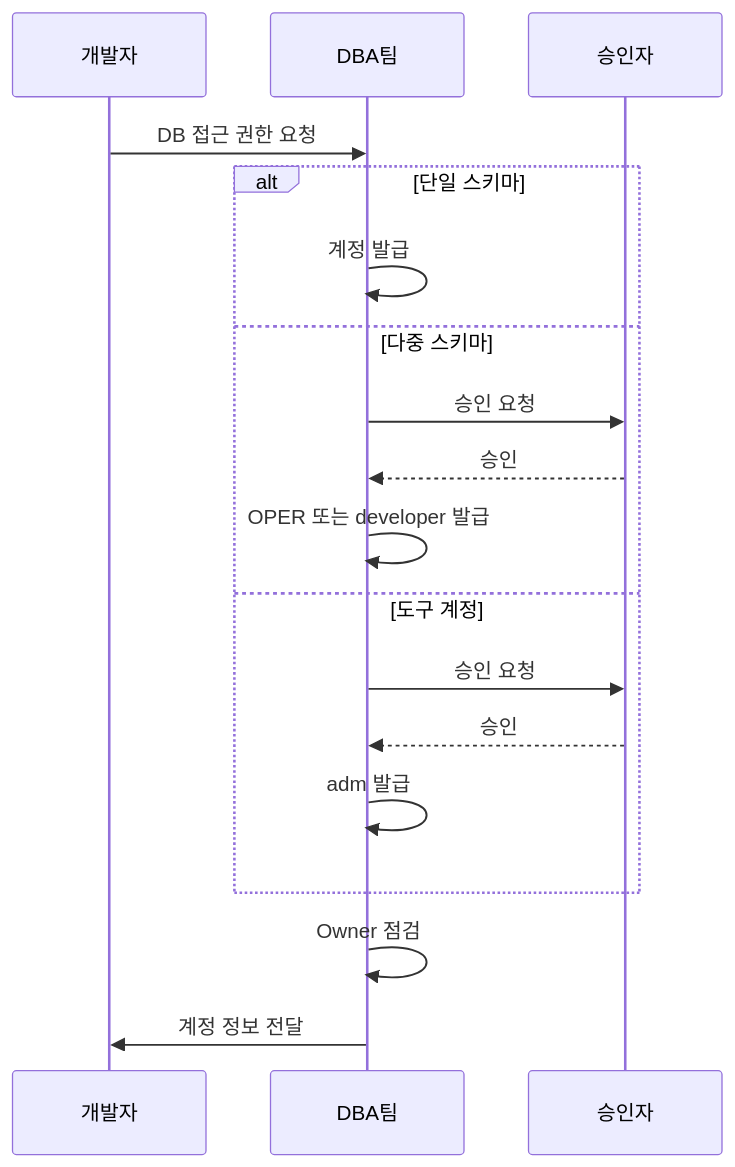
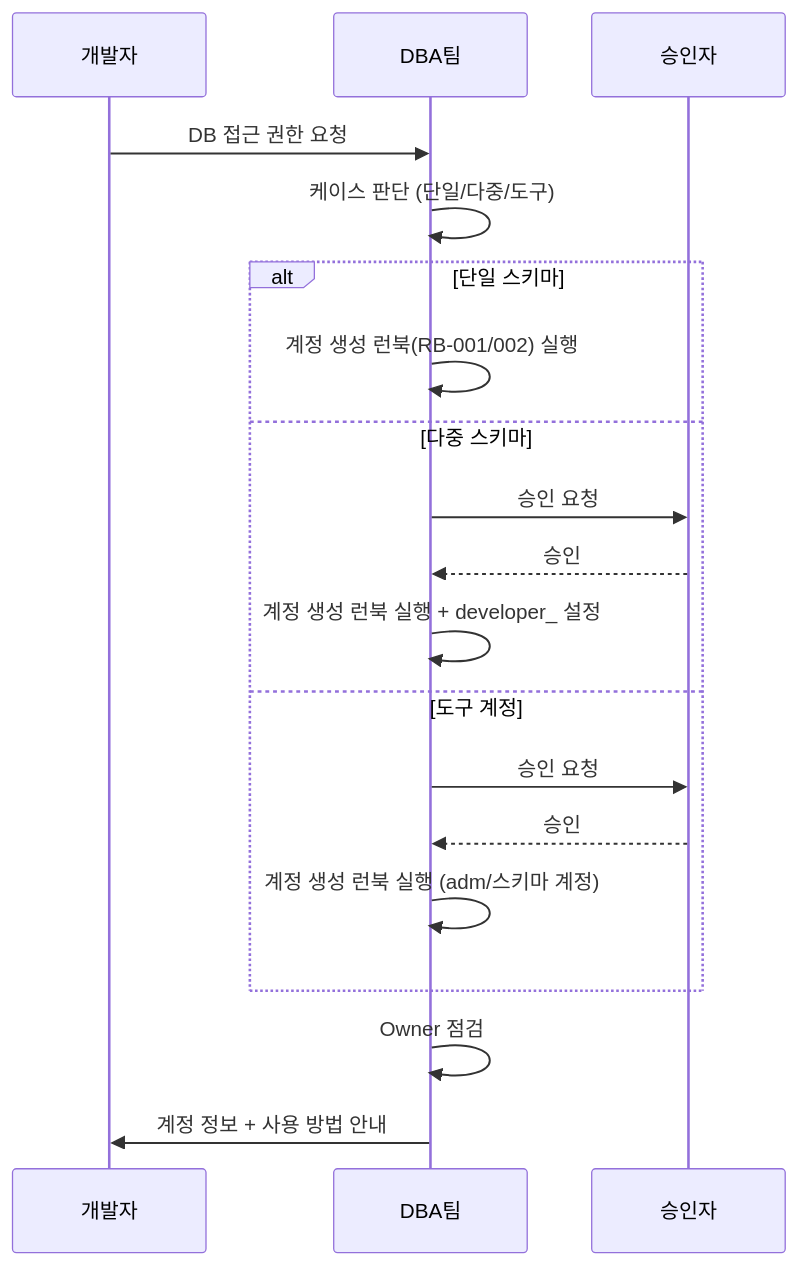
One commit to sung-young-fnf/database_policy changed the diagram in database/RDBMS/runbooks/DB 개발자 계정 운영 런북.md. Above: the diagram before and after it, drawn with Mermaid. The commit also changed other lines of this file and 2 other files, not shown here.

Commit message:
Fix: 오케스트레이터 진입점 수정 + 개발자 운영 런북 역할 명확화
- orchestrator.py: SYSTEM_PROMPT 진입점을 RDBMS/Snowflake 분기로 변경, 중복 조회 방지 지시 추가
- RB-DB-003: 요약문/역할 정의/Workflow를 "케이스 판단 + 안내" 역할로 수정 (계정 생성은 RB-DB-001/002 연계)

````diff
--- a/database/RDBMS/runbooks/DB 개발자 계정 운영 런북.md
+++ b/database/RDBMS/runbooks/DB 개발자 계정 운영 런북.md
@@ -50,21 +50,22 @@
 ```mermaid
 sequenceDiagram
     participant Dev as 개발자
     participant DBA as DBA팀
     participant Appr as 승인자
 
     Dev->>DBA: DB 접근 권한 요청
+    DBA->>DBA: 케이스 판단 (단일/다중/도구)
     alt 단일 스키마
-        DBA->>DBA: 계정 발급
+        DBA->>DBA: 계정 생성 런북(RB-001/002) 실행
     else 다중 스키마
         DBA->>Appr: 승인 요청
         Appr-->>DBA: 승인
-        DBA->>DBA: OPER 또는 developer 발급
+        DBA->>DBA: 계정 생성 런북 실행 + developer_ 설정
     else 도구 계정
         DBA->>Appr: 승인 요청
         Appr-->>DBA: 승인
-        DBA->>DBA: adm 발급
+        DBA->>DBA: 계정 생성 런북 실행 (adm/스키마 계정)
     end
     DBA->>DBA: Owner 점검
-    DBA->>Dev: 계정 정보 전달
+    DBA->>Dev: 계정 정보 + 사용 방법 안내
 ```
````
